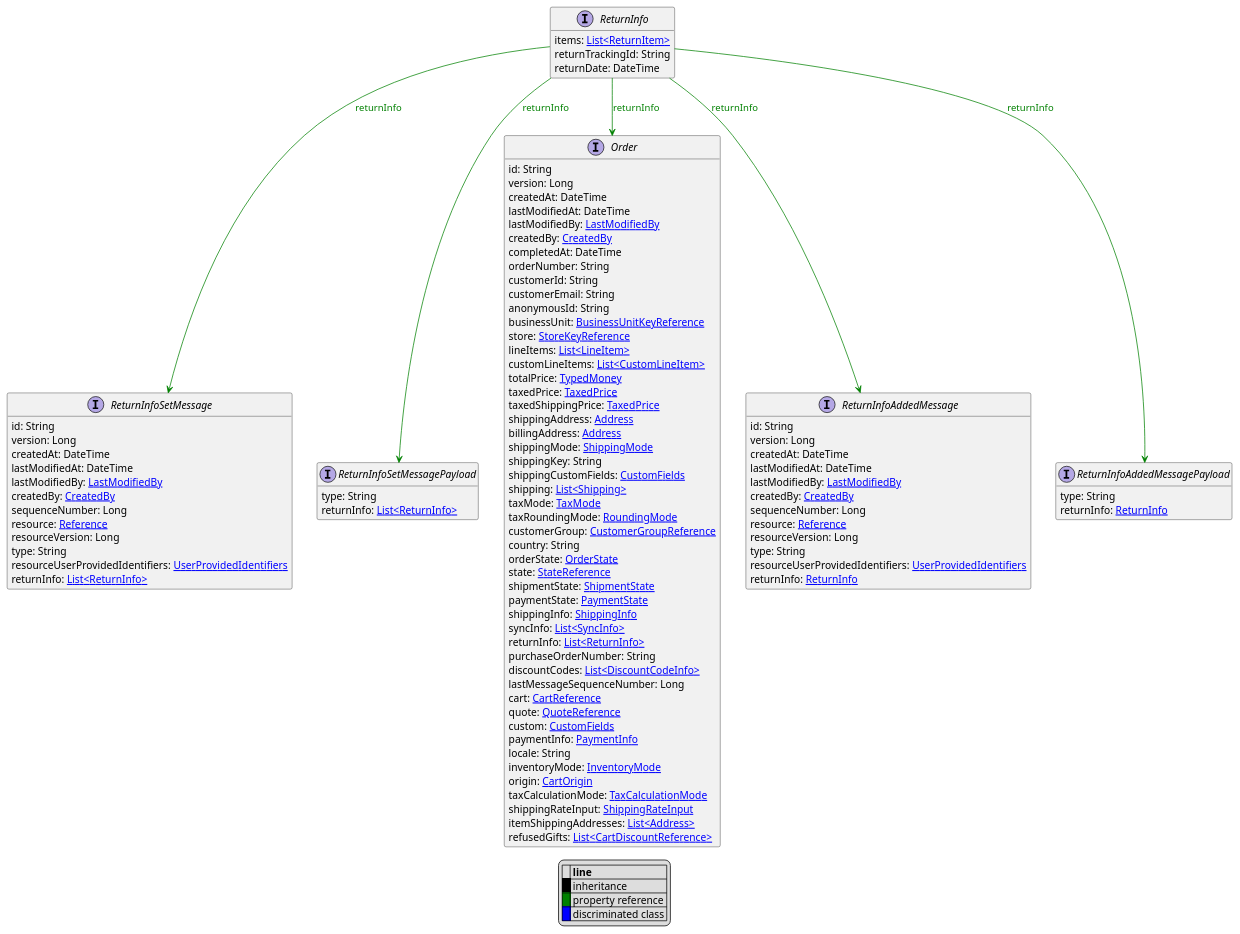
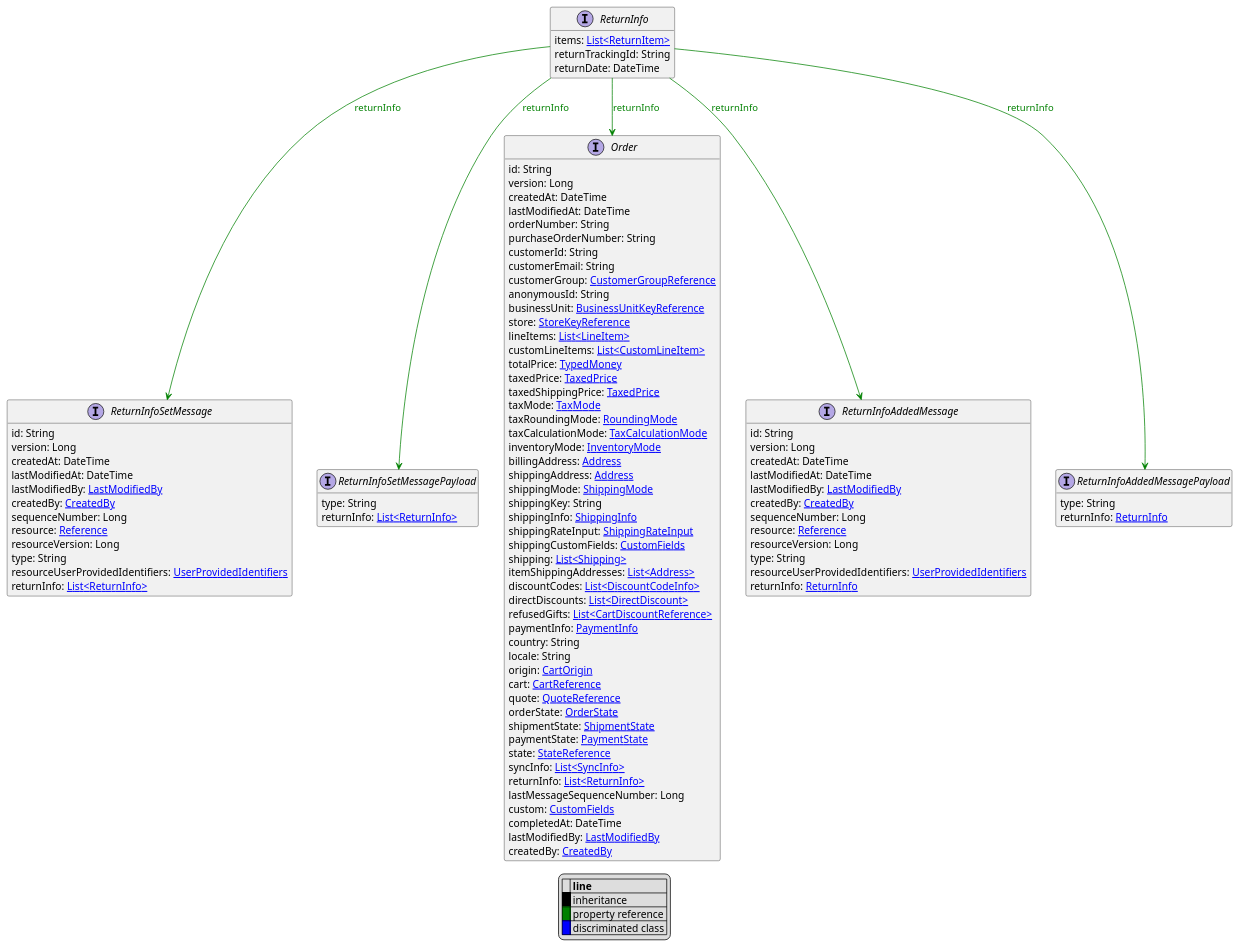
One commit to commercetools/commercetools-api-reference changed the diagram in uml/api/ReturnInfo.puml. Above: the diagram before and after it, drawn with PlantUML. The commit also changed 169 other files, not shown here.

```diff
--- a/uml/api/ReturnInfo.puml
+++ b/uml/api/ReturnInfo.puml
@@ -1,112 +1,113 @@
 @startuml
 
 hide empty fields
 hide empty methods
 legend
 |= |= line |
 |<back:black>   </back>| inheritance |
 |<back:green>   </back>| property reference |
 |<back:blue>   </back>| discriminated class |
 endlegend
 interface ReturnInfo [[ReturnInfo.svg]]  {
     items: [[ReturnItem.svg List<ReturnItem>]]
     returnTrackingId: String
     returnDate: DateTime
 }
 
 
 
 interface ReturnInfoSetMessage [[ReturnInfoSetMessage.svg]]  {
     id: String
     version: Long
     createdAt: DateTime
     lastModifiedAt: DateTime
     lastModifiedBy: [[LastModifiedBy.svg LastModifiedBy]]
     createdBy: [[CreatedBy.svg CreatedBy]]
     sequenceNumber: Long
     resource: [[Reference.svg Reference]]
     resourceVersion: Long
     type: String
     resourceUserProvidedIdentifiers: [[UserProvidedIdentifiers.svg UserProvidedIdentifiers]]
     returnInfo: [[ReturnInfo.svg List<ReturnInfo>]]
 }
 interface ReturnInfoSetMessagePayload [[ReturnInfoSetMessagePayload.svg]]  {
     type: String
     returnInfo: [[ReturnInfo.svg List<ReturnInfo>]]
 }
 interface Order [[Order.svg]]  {
     id: String
     version: Long
     createdAt: DateTime
     lastModifiedAt: DateTime
-    lastModifiedBy: [[LastModifiedBy.svg LastModifiedBy]]
-    createdBy: [[CreatedBy.svg CreatedBy]]
-    completedAt: DateTime
     orderNumber: String
+    purchaseOrderNumber: String
     customerId: String
     customerEmail: String
+    customerGroup: [[CustomerGroupReference.svg CustomerGroupReference]]
     anonymousId: String
     businessUnit: [[BusinessUnitKeyReference.svg BusinessUnitKeyReference]]
     store: [[StoreKeyReference.svg StoreKeyReference]]
     lineItems: [[LineItem.svg List<LineItem>]]
     customLineItems: [[CustomLineItem.svg List<CustomLineItem>]]
     totalPrice: [[TypedMoney.svg TypedMoney]]
     taxedPrice: [[TaxedPrice.svg TaxedPrice]]
     taxedShippingPrice: [[TaxedPrice.svg TaxedPrice]]
+    taxMode: [[TaxMode.svg TaxMode]]
+    taxRoundingMode: [[RoundingMode.svg RoundingMode]]
+    taxCalculationMode: [[TaxCalculationMode.svg TaxCalculationMode]]
+    inventoryMode: [[InventoryMode.svg InventoryMode]]
+    billingAddress: [[Address.svg Address]]
     shippingAddress: [[Address.svg Address]]
-    billingAddress: [[Address.svg Address]]
     shippingMode: [[ShippingMode.svg ShippingMode]]
     shippingKey: String
+    shippingInfo: [[ShippingInfo.svg ShippingInfo]]
+    shippingRateInput: [[ShippingRateInput.svg ShippingRateInput]]
     shippingCustomFields: [[CustomFields.svg CustomFields]]
     shipping: [[Shipping.svg List<Shipping>]]
-    taxMode: [[TaxMode.svg TaxMode]]
-    taxRoundingMode: [[RoundingMode.svg RoundingMode]]
-    customerGroup: [[CustomerGroupReference.svg CustomerGroupReference]]
+    itemShippingAddresses: [[Address.svg List<Address>]]
+    discountCodes: [[DiscountCodeInfo.svg List<DiscountCodeInfo>]]
+    directDiscounts: [[DirectDiscount.svg List<DirectDiscount>]]
+    refusedGifts: [[CartDiscountReference.svg List<CartDiscountReference>]]
+    paymentInfo: [[PaymentInfo.svg PaymentInfo]]
     country: String
+    locale: String
+    origin: [[CartOrigin.svg CartOrigin]]
+    cart: [[CartReference.svg CartReference]]
+    quote: [[QuoteReference.svg QuoteReference]]
     orderState: [[OrderState.svg OrderState]]
-    state: [[StateReference.svg StateReference]]
     shipmentState: [[ShipmentState.svg ShipmentState]]
     paymentState: [[PaymentState.svg PaymentState]]
-    shippingInfo: [[ShippingInfo.svg ShippingInfo]]
+    state: [[StateReference.svg StateReference]]
     syncInfo: [[SyncInfo.svg List<SyncInfo>]]
     returnInfo: [[ReturnInfo.svg List<ReturnInfo>]]
-    purchaseOrderNumber: String
-    discountCodes: [[DiscountCodeInfo.svg List<DiscountCodeInfo>]]
     lastMessageSequenceNumber: Long
-    cart: [[CartReference.svg CartReference]]
-    quote: [[QuoteReference.svg QuoteReference]]
     custom: [[CustomFields.svg CustomFields]]
-    paymentInfo: [[PaymentInfo.svg PaymentInfo]]
-    locale: String
-    inventoryMode: [[InventoryMode.svg InventoryMode]]
-    origin: [[CartOrigin.svg CartOrigin]]
-    taxCalculationMode: [[TaxCalculationMode.svg TaxCalculationMode]]
-    shippingRateInput: [[ShippingRateInput.svg ShippingRateInput]]
-    itemShippingAddresses: [[Address.svg List<Address>]]
-    refusedGifts: [[CartDiscountReference.svg List<CartDiscountReference>]]
+    completedAt: DateTime
+    lastModifiedBy: [[LastModifiedBy.svg LastModifiedBy]]
+    createdBy: [[CreatedBy.svg CreatedBy]]
 }
 interface ReturnInfoAddedMessage [[ReturnInfoAddedMessage.svg]]  {
     id: String
     version: Long
     createdAt: DateTime
     lastModifiedAt: DateTime
     lastModifiedBy: [[LastModifiedBy.svg LastModifiedBy]]
     createdBy: [[CreatedBy.svg CreatedBy]]
     sequenceNumber: Long
     resource: [[Reference.svg Reference]]
     resourceVersion: Long
     type: String
     resourceUserProvidedIdentifiers: [[UserProvidedIdentifiers.svg UserProvidedIdentifiers]]
     returnInfo: [[ReturnInfo.svg ReturnInfo]]
 }
 interface ReturnInfoAddedMessagePayload [[ReturnInfoAddedMessagePayload.svg]]  {
     type: String
     returnInfo: [[ReturnInfo.svg ReturnInfo]]
 }
 
 ReturnInfo --> ReturnInfoSetMessage #green;text:green : "returnInfo"
 ReturnInfo --> ReturnInfoSetMessagePayload #green;text:green : "returnInfo"
 ReturnInfo --> Order #green;text:green : "returnInfo"
 ReturnInfo --> ReturnInfoAddedMessage #green;text:green : "returnInfo"
 ReturnInfo --> ReturnInfoAddedMessagePayload #green;text:green : "returnInfo"
 @enduml
```
